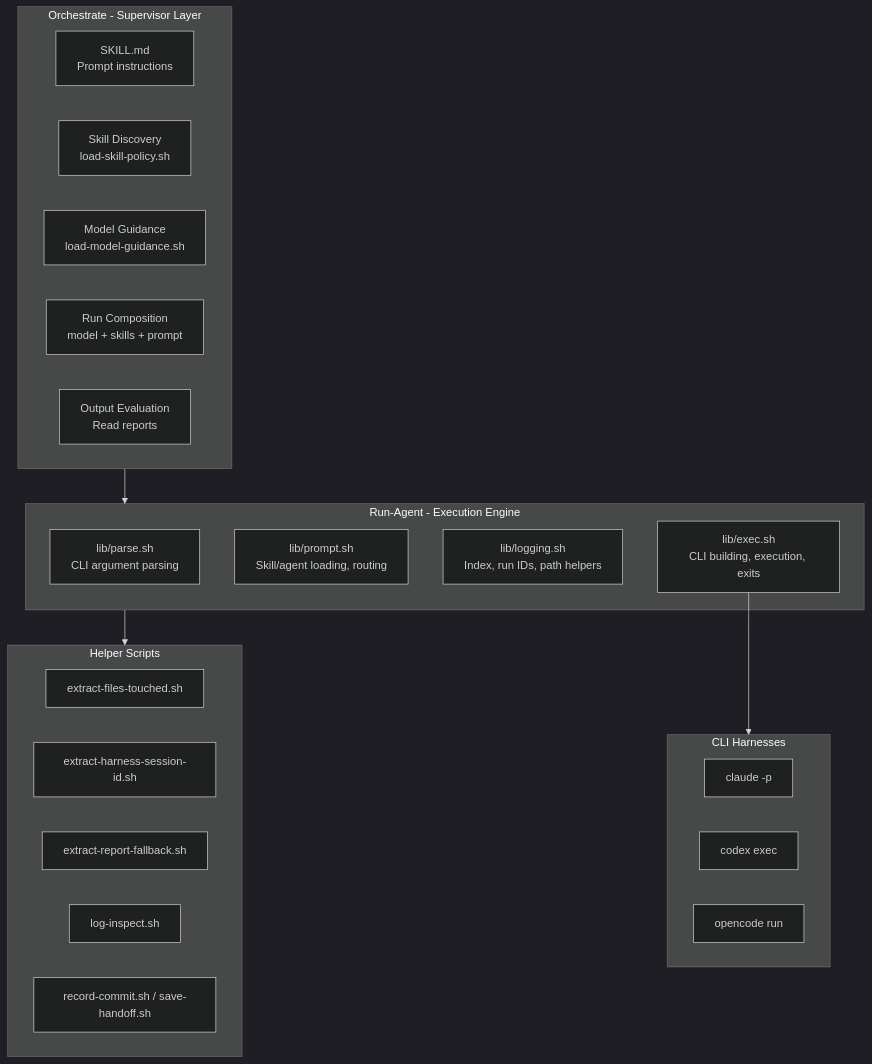
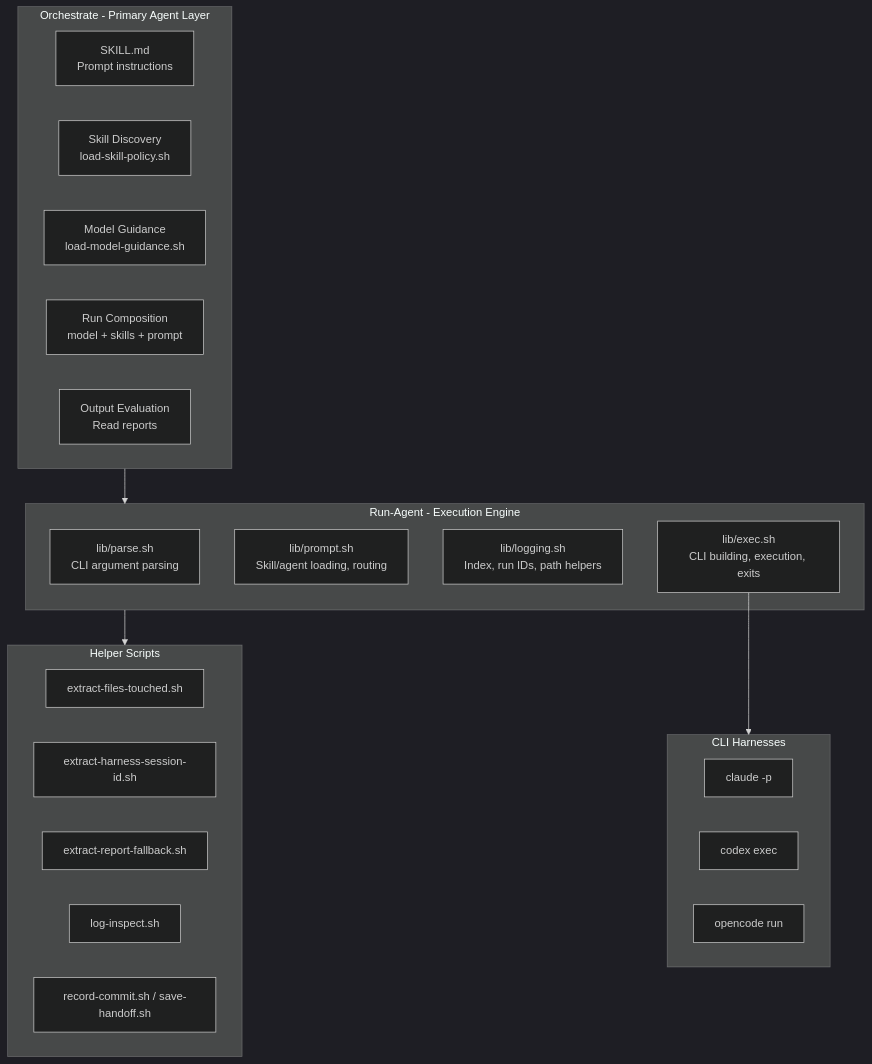
Before and after one commit to haowjy/meridian-flow: the first of 2 diagrams in _docs/technical/orchestrate-system-review.md, drawn with Mermaid (dark theme). The commit also changed other lines of this file and 40 other files, not shown here.

````diff
--- a/_docs/technical/orchestrate-system-review.md
+++ b/_docs/technical/orchestrate-system-review.md
@@ -28,35 +28,35 @@
 ```mermaid
 graph TB
-    subgraph Orchestrate["Orchestrate - Supervisor Layer"]
+    subgraph Orchestrate["Orchestrate - Primary Agent Layer"]
         SM["SKILL.md\nPrompt instructions"]
         SD["Skill Discovery\nload-skill-policy.sh"]
         MG["Model Guidance\nload-model-guidance.sh"]
         RC["Run Composition\nmodel + skills + prompt"]
         OE["Output Evaluation\nRead reports"]
     end
 
     subgraph RunAgent["Run-Agent - Execution Engine"]
         Parse["lib/parse.sh\nCLI argument parsing"]
         Prompt["lib/prompt.sh\nSkill/agent loading, routing"]
         Logging["lib/logging.sh\nIndex, run IDs, path helpers"]
         Exec["lib/exec.sh\nCLI building, execution, exits"]
     end
 
     subgraph Helpers["Helper Scripts"]
         EFT["extract-files-touched.sh"]
         EHS["extract-harness-session-id.sh"]
         ERF["extract-report-fallback.sh"]
         LI["log-inspect.sh"]
         RCS["record-commit.sh / save-handoff.sh"]
     end
 
     subgraph Harnesses["CLI Harnesses"]
         Claude["claude -p"]
         Codex["codex exec"]
         OpenCode["opencode run"]
     end
 
     Orchestrate --> RunAgent
     RunAgent --> Helpers
     Exec --> Harnesses
 ```
````
